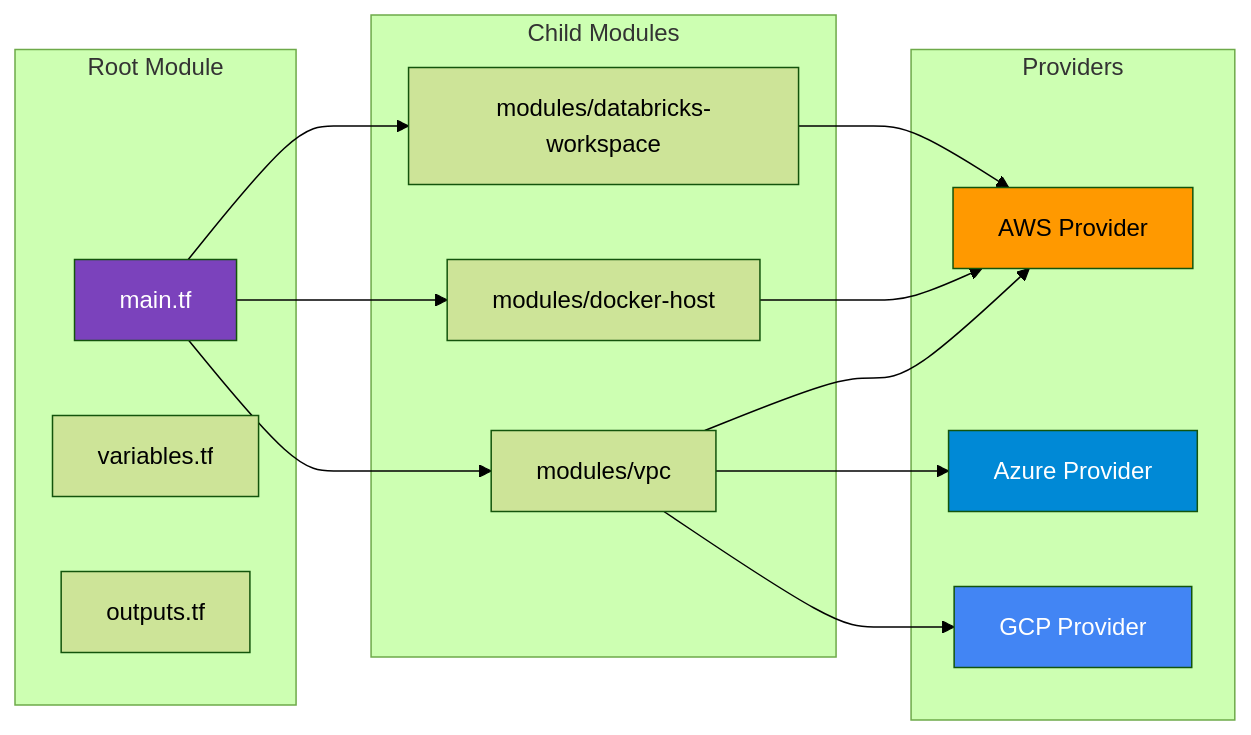
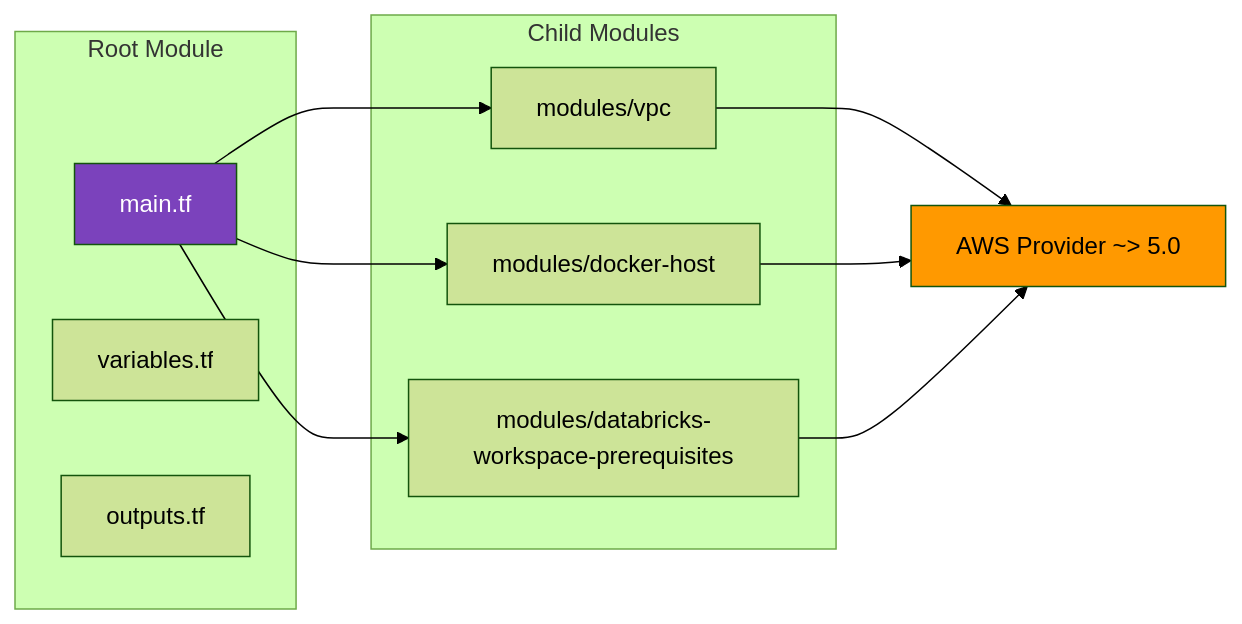
One commit to morgandt-reed/infrastructure-as-code-demos changed the second of 2 diagrams in README.md. Above: the diagram before and after it, drawn with Mermaid (forest theme). The commit also changed other lines of this file and 22 other files, not shown here.

````diff
--- a/README.md
+++ b/README.md
@@ -65,30 +73,22 @@
 ```mermaid
 flowchart LR
     subgraph Root Module
         Main[main.tf]
         Vars[variables.tf]
         Out[outputs.tf]
     end
 
     subgraph Child Modules
         VPC[modules/vpc]
         Docker[modules/docker-host]
-        DB[modules/databricks-workspace]
+        DB[modules/databricks-workspace-prerequisites]
     end
 
-    subgraph Providers
-        AWS[AWS Provider]
-        Azure[Azure Provider]
-        GCP[GCP Provider]
-    end
+    AWS[AWS Provider ~> 5.0]
 
     Main --> VPC & Docker & DB
     VPC & Docker & DB --> AWS
-    VPC --> Azure
-    VPC --> GCP
 
     style Main fill:#7B42BC,color:#fff
     style AWS fill:#FF9900,color:#000
-    style Azure fill:#0089D6,color:#fff
-    style GCP fill:#4285F4,color:#fff
 ```
````
